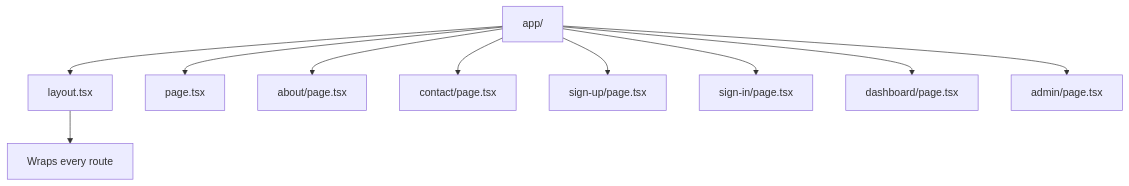
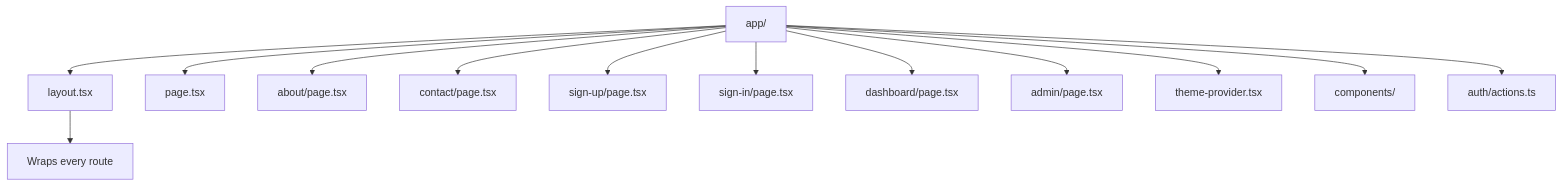
Before and after one commit to matthewlovestocode/designated: the first of 2 diagrams in docs/web/routing.md, drawn with Mermaid. The commit also changed other lines of this file and 35 other files, not shown here.

````diff
--- a/docs/web/routing.md
+++ b/docs/web/routing.md
@@ -20,12 +19,15 @@
 ```mermaid
 flowchart TD
     A["app/"] --> B["layout.tsx"]
     A --> C["page.tsx"]
     A --> D["about/page.tsx"]
     A --> E["contact/page.tsx"]
     A --> F["sign-up/page.tsx"]
     A --> G["sign-in/page.tsx"]
     A --> H["dashboard/page.tsx"]
     A --> I["admin/page.tsx"]
-    B --> J["Wraps every route"]
+    A --> J["theme-provider.tsx"]
+    A --> K["components/"]
+    A --> L["auth/actions.ts"]
+    B --> M["Wraps every route"]
 ```
````
